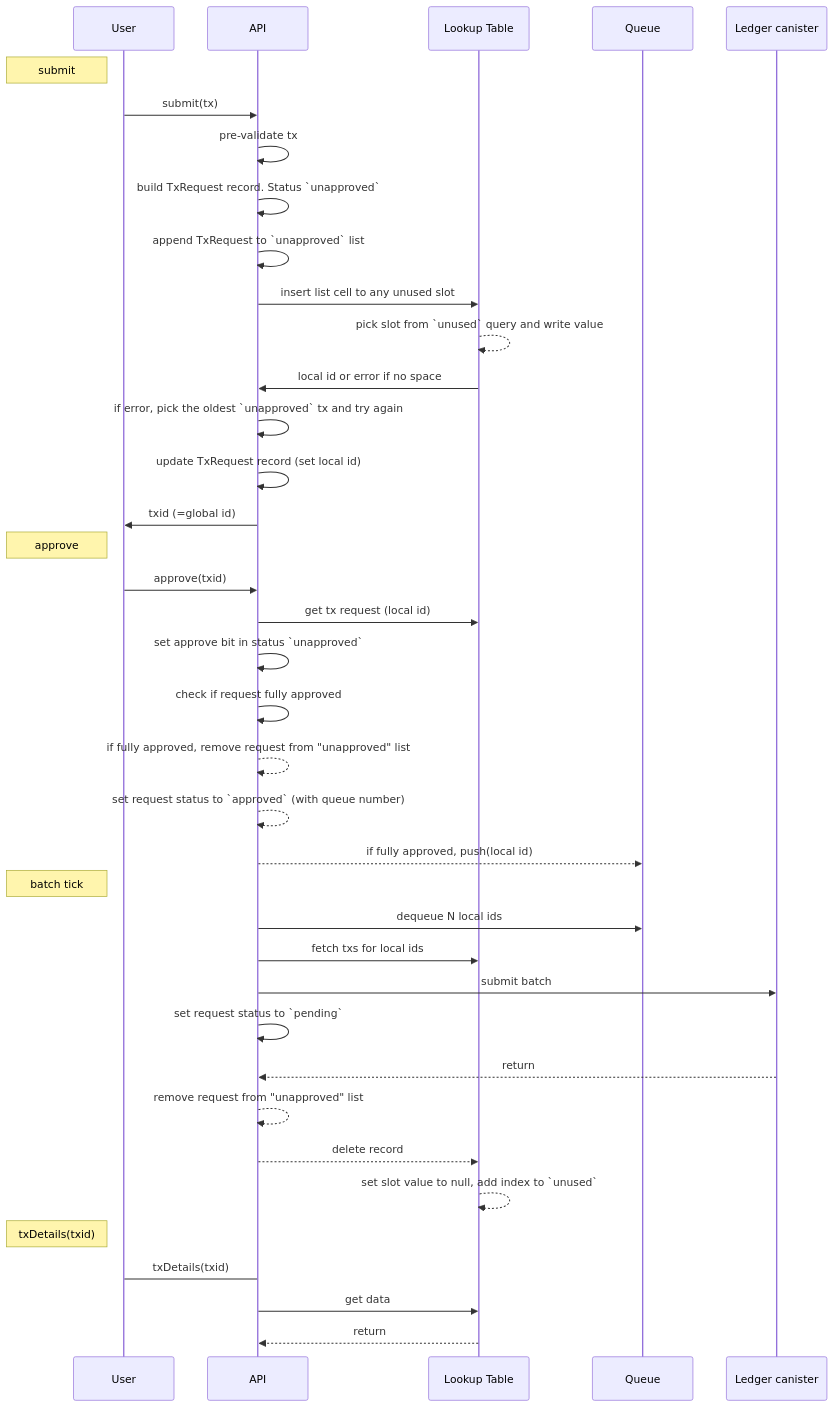
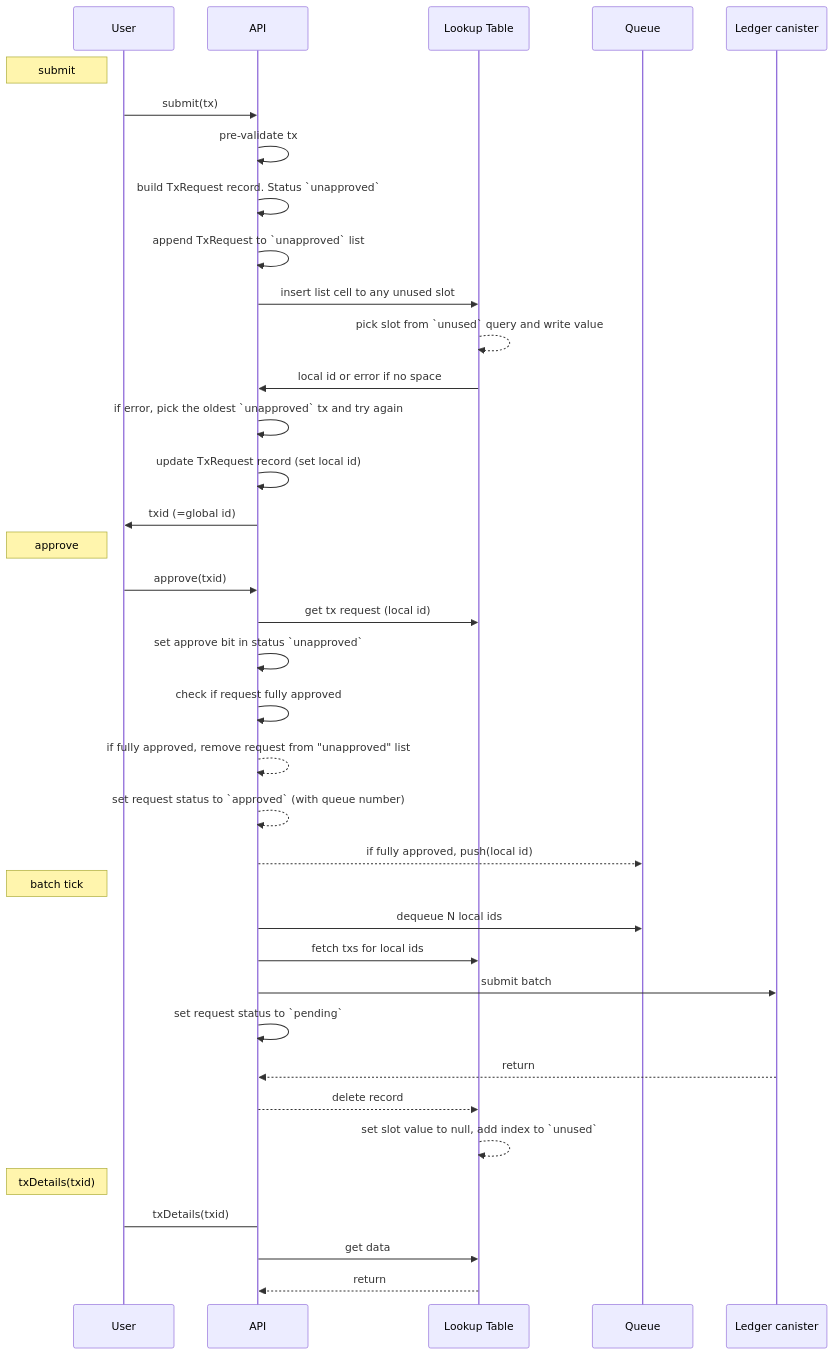
The diagram in README.md (research-ag/hpl), drawn with Mermaid before and after one commit. The commit also changed 4 other files, not shown here.

````diff
--- a/README.md
+++ b/README.md
@@ -157,38 +157,37 @@
 ```mermaid
 sequenceDiagram
     Note left of User: submit
     User->>API: submit(tx)
     API->>API: pre-validate tx 
     API->>API: build TxRequest record. Status `unapproved`
     API->>API: append TxRequest to `unapproved` list
     API->>Lookup Table: insert list cell to any unused slot
     Lookup Table-->>Lookup Table: pick slot from `unused` query and write value
     Lookup Table->>API: local id or error if no space
     API->>API: if error, pick the oldest `unapproved` tx and try again
     API->>API: update TxRequest record (set local id)
     API->>User: txid (=global id) 
     
     Note left of User: approve
     User->>API: approve(txid)
     API->>Lookup Table: get tx request (local id) 
     API->>API: set approve bit in status `unapproved`
     API->>API: check if request fully approved
     API-->>API: if fully approved, remove request from "unapproved" list
     API-->>API: set request status to `approved` (with queue number)
     API-->>Queue: if fully approved, push(local id)
     
     Note left of User: batch tick
     API->>Queue: dequeue N local ids
     API->>Lookup Table: fetch txs for local ids
     API->>Ledger canister: submit batch
     API->>API: set request status to `pending`
     Ledger canister-->>API: return
-    API-->>API: remove request from "unapproved" list
     API-->>Lookup Table: delete record
     Lookup Table-->>Lookup Table: set slot value to null, add index to `unused`
     
     Note left of User: txDetails(txid)
     User->API: txDetails(txid)
     API->>Lookup Table: get data
     Lookup Table-->>API: return
 ```
````
